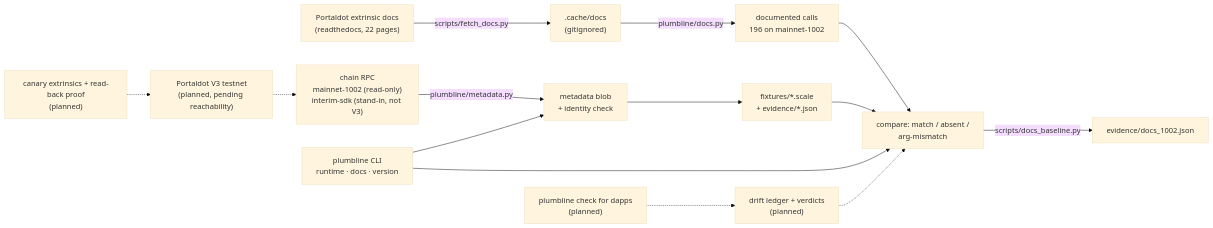
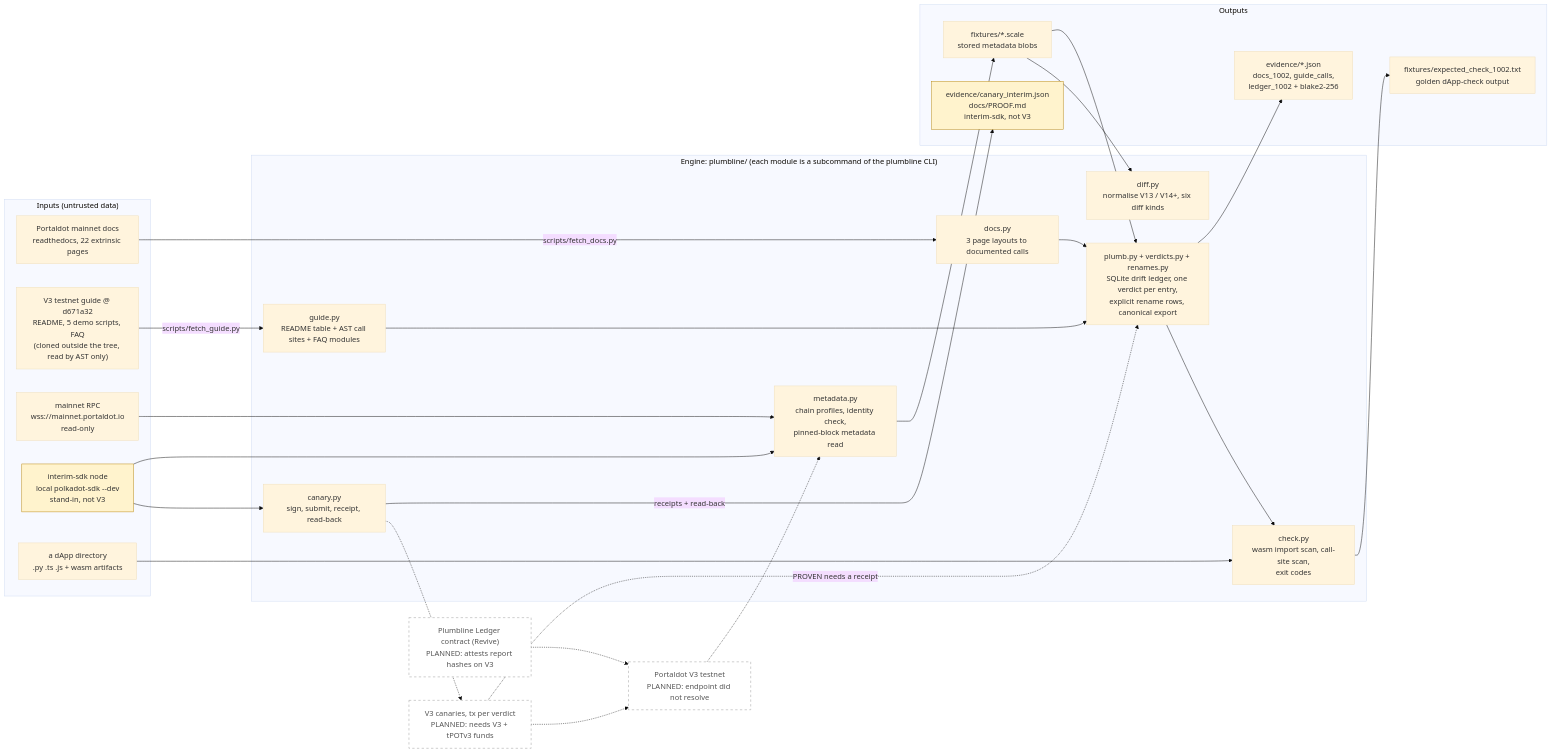
One commit to edycutjong/portaldot-hackathon-2026-plumbline-edycu changed the diagram in README.md. Above: the diagram before and after it, drawn with Mermaid (base theme). The commit also changed other lines of this file and 3 other files, not shown here.

Commit message:
docs: BASELINE-1002.md (each 1002 figure with producer, file, date) and ARCHITECTURE.md (Mermaid drawn from the code, planned parts dashed)

````diff
--- a/README.md
+++ b/README.md
@@ -52,16 +72,57 @@
 ```mermaid
 flowchart LR
-    DOCS["Portaldot extrinsic docs<br/>(readthedocs, 22 pages)"] -->|scripts/fetch_docs.py| CACHE[".cache/docs<br/>(gitignored)"]
-    CACHE -->|plumbline/docs.py| CALLS["documented calls<br/>196 on mainnet-1002"]
-    RPC["chain RPC<br/>mainnet-1002 (read-only)<br/>interim-sdk (stand-in, not V3)"] -->|plumbline/metadata.py| BLOB["metadata blob<br/>+ identity check"]
-    BLOB --> FIX["fixtures/*.scale<br/>+ evidence/*.json"]
-    CALLS --> CMP["compare: match / absent /<br/>arg-mismatch"]
-    FIX --> CMP
-    CMP -->|scripts/docs_baseline.py| EV["evidence/docs_1002.json"]
-    CLI["plumbline CLI<br/>runtime · docs · version"] --> BLOB
-    CLI --> CMP
-    V3["Portaldot V3 testnet<br/>(planned, pending reachability)"] -.-> RPC
-    LEDGER["drift ledger + verdicts<br/>(planned)"] -.-> CMP
-    CHECK["plumbline check for dapps<br/>(planned)"] -.-> LEDGER
-    CANARY["canary extrinsics + read-back proof<br/>(planned)"] -.-> V3
+    subgraph IN["Inputs (untrusted data)"]
+        RTD["Portaldot mainnet docs<br/>readthedocs, 22 extrinsic pages"]
+        GD["V3 testnet guide @ d671a32<br/>README, 5 demo scripts, FAQ<br/>(cloned outside the tree, read by AST only)"]
+        MAIN["mainnet RPC<br/>wss://mainnet.portaldot.io<br/>read-only"]
+        INT["interim-sdk node<br/>local polkadot-sdk --dev<br/>stand-in, not V3"]
+        APP["a dApp directory<br/>.py .ts .js + wasm artifacts"]
+    end
+
+    subgraph ENG["Engine: plumbline/ (each module is a subcommand of the plumbline CLI)"]
+        MD["metadata.py<br/>chain profiles, identity check,<br/>pinned-block metadata read"]
+        DOCS["docs.py<br/>3 page layouts to documented calls"]
+        GUIDE["guide.py<br/>README table + AST call sites + FAQ modules"]
+        PLUMB["plumb.py + verdicts.py + renames.py<br/>SQLite drift ledger, one verdict per entry,<br/>explicit rename rows, canonical export"]
+        DIFF["diff.py<br/>normalise V13 / V14+, six diff kinds"]
+        CHECK["check.py<br/>wasm import scan, call-site scan,<br/>exit codes"]
+        CANARY["canary.py<br/>sign, submit, receipt, read-back"]
+    end
+
+    subgraph OUT["Outputs"]
+        FIX["fixtures/*.scale<br/>stored metadata blobs"]
+        EVD["evidence/*.json<br/>docs_1002, guide_calls,<br/>ledger_1002 + blake2-256"]
+        GOLD["fixtures/expected_check_1002.txt<br/>golden dApp-check output"]
+        PROOF["evidence/canary_interim.json<br/>docs/PROOF.md<br/>interim-sdk, not V3"]
+    end
+
+    MAIN --> MD
+    INT --> MD
+    MD --> FIX
+    RTD -->|scripts/fetch_docs.py| DOCS
+    GD -->|scripts/fetch_guide.py| GUIDE
+    DOCS --> PLUMB
+    GUIDE --> PLUMB
+    FIX --> PLUMB
+    PLUMB --> EVD
+    FIX --> DIFF
+    APP --> CHECK
+    PLUMB --> CHECK
+    CHECK --> GOLD
+    INT --> CANARY
+    CANARY -->|receipts + read-back| PROOF
+
+    V3["Portaldot V3 testnet<br/>PLANNED: endpoint did not resolve"]
+    LEDGER["Plumbline Ledger contract (Revive)<br/>PLANNED: attests report hashes on V3"]
+    V3CAN["V3 canaries, tx per verdict<br/>PLANNED: needs V3 + tPOTv3 funds"]
+    V3 -.-> MD
+    CANARY -.-> V3CAN
+    V3CAN -.-> V3
+    V3CAN -.->|PROVEN needs a receipt| PLUMB
+    LEDGER -.-> V3
+
+    classDef planned stroke-dasharray: 5 5,fill:#fff,stroke:#999,color:#555
+    classDef standin fill:#fff3cd,stroke:#b8860b
+    class V3,LEDGER,V3CAN planned
+    class INT,PROOF standin
 ```
````
